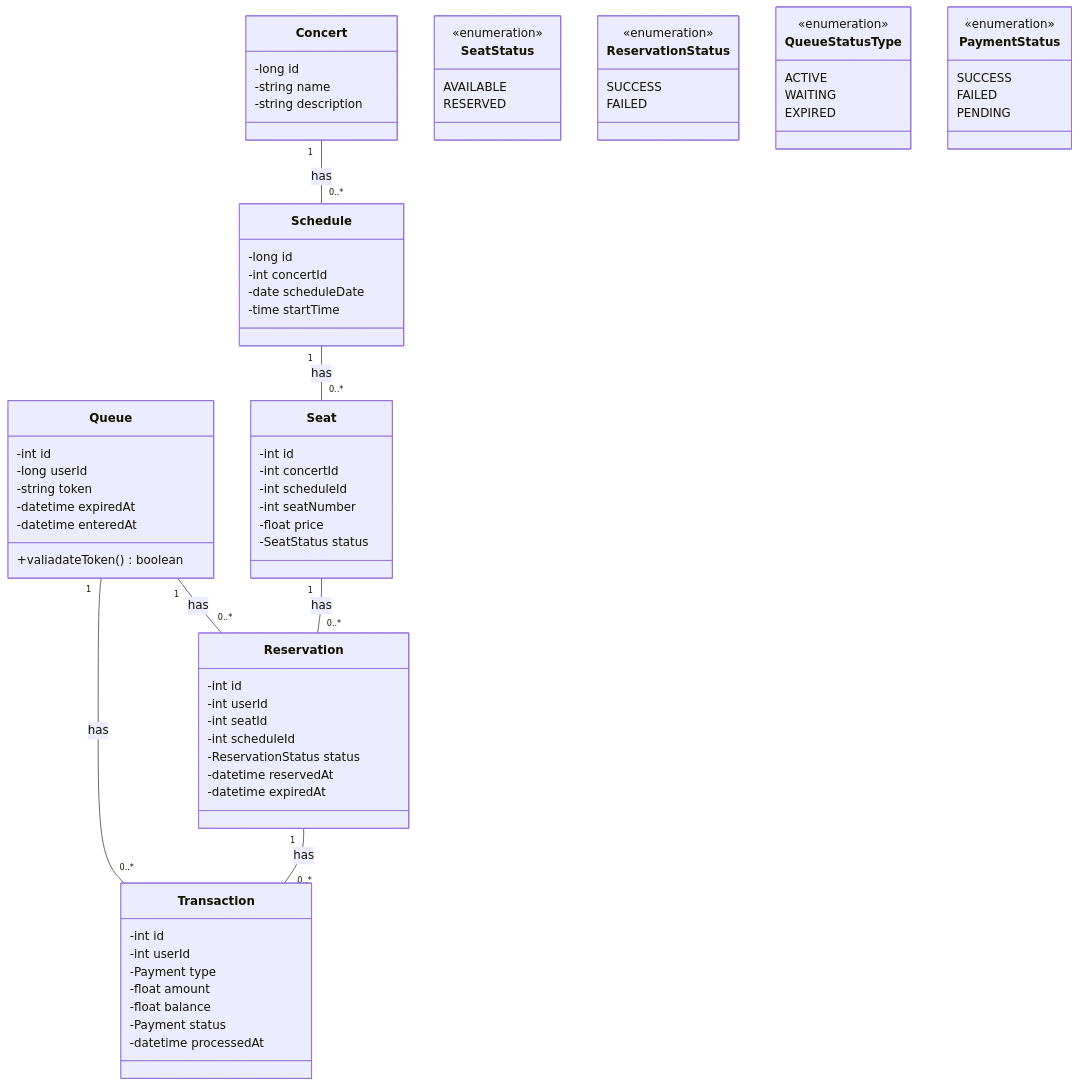
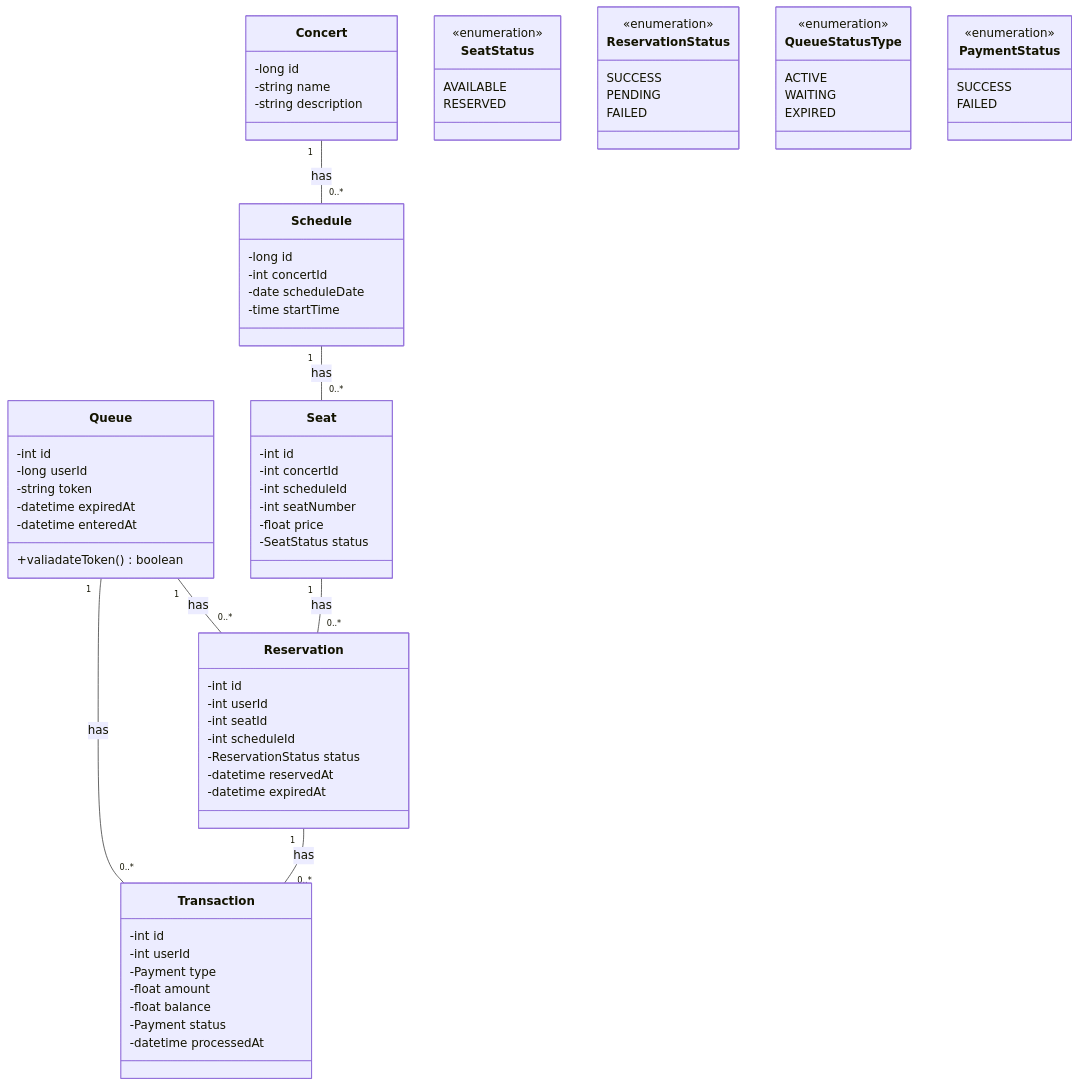
Before and after one commit to dohee789/concert-reservation: the diagram in docs/ClassDiagram.mermaid, drawn with Mermaid. The commit also changed other lines of this file and 12 other files, not shown here.

```diff
--- a/docs/ClassDiagram.mermaid
+++ b/docs/ClassDiagram.mermaid
@@ -1,84 +1,84 @@
 classDiagram
     class Queue {
         -int id
         -long userId
         -string token
         -datetime expiredAt
         -datetime enteredAt
         +valiadateToken() boolean
     }
 
     class Concert {
         -long id
         -string name
         -string description
     }
 
     class Schedule {
         -long id
         -int concertId
         -date scheduleDate
         -time startTime
     }
 
     class Seat {
         -int id
         -int concertId
         -int scheduleId
         -int seatNumber
         -float price
         -SeatStatus status
     }
 
     class Reservation {
         -int id
         -int userId
         -int seatId
         -int scheduleId
         -ReservationStatus status
         -datetime reservedAt
         -datetime expiredAt
     }
 
     class Transaction {
         -int id
         -int userId
         -Payment type
         -float amount
         -float balance
         -Payment status
         -datetime processedAt
     }
 
     class SeatStatus {
         <<enumeration>>
         AVAILABLE
         RESERVED
     }
 
     class ReservationStatus {
         <<enumeration>>
         SUCCESS
+        PENDING
         FAILED
     }
 
     class QueueStatusType {
         <<enumeration>>
         ACTIVE
         WAITING
         EXPIRED
     }
 
     class PaymentStatus {
         <<enumeration>>
         SUCCESS
         FAILED
-        PENDING
     }
 
     Queue "1" -- "0..*" Reservation : has
     Queue "1" -- "0..*" Transaction : has
     Concert "1" -- "0..*" Schedule : has
     Schedule "1" -- "0..*" Seat : has
     Seat "1" -- "0..*" Reservation : has
     Reservation "1" -- "0..*" Transaction : has
```
